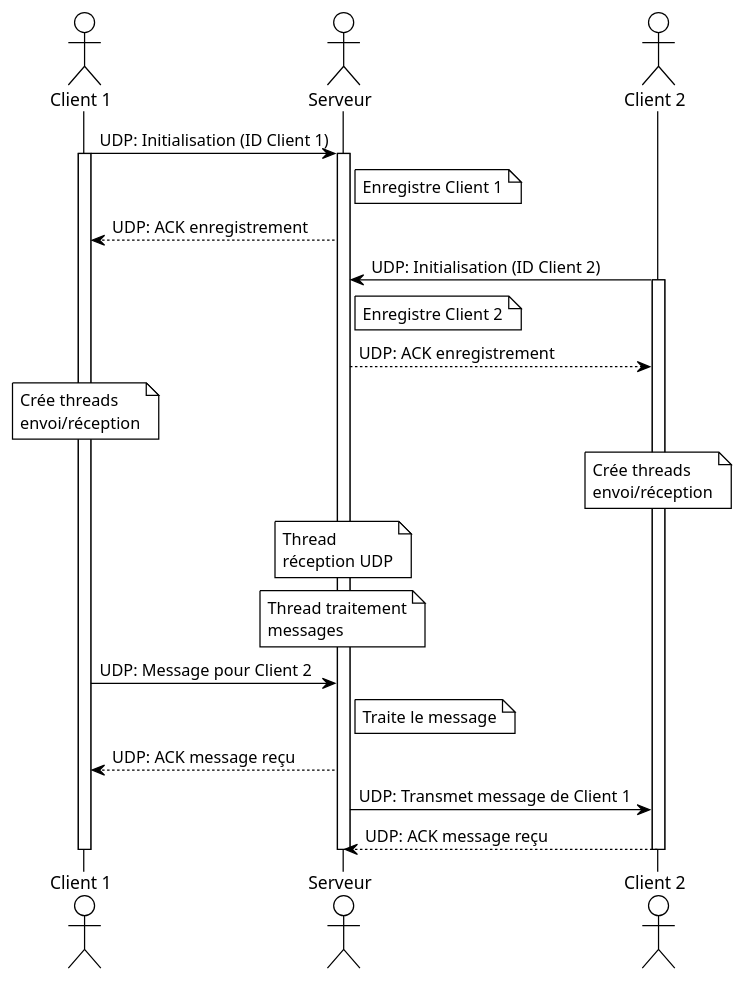
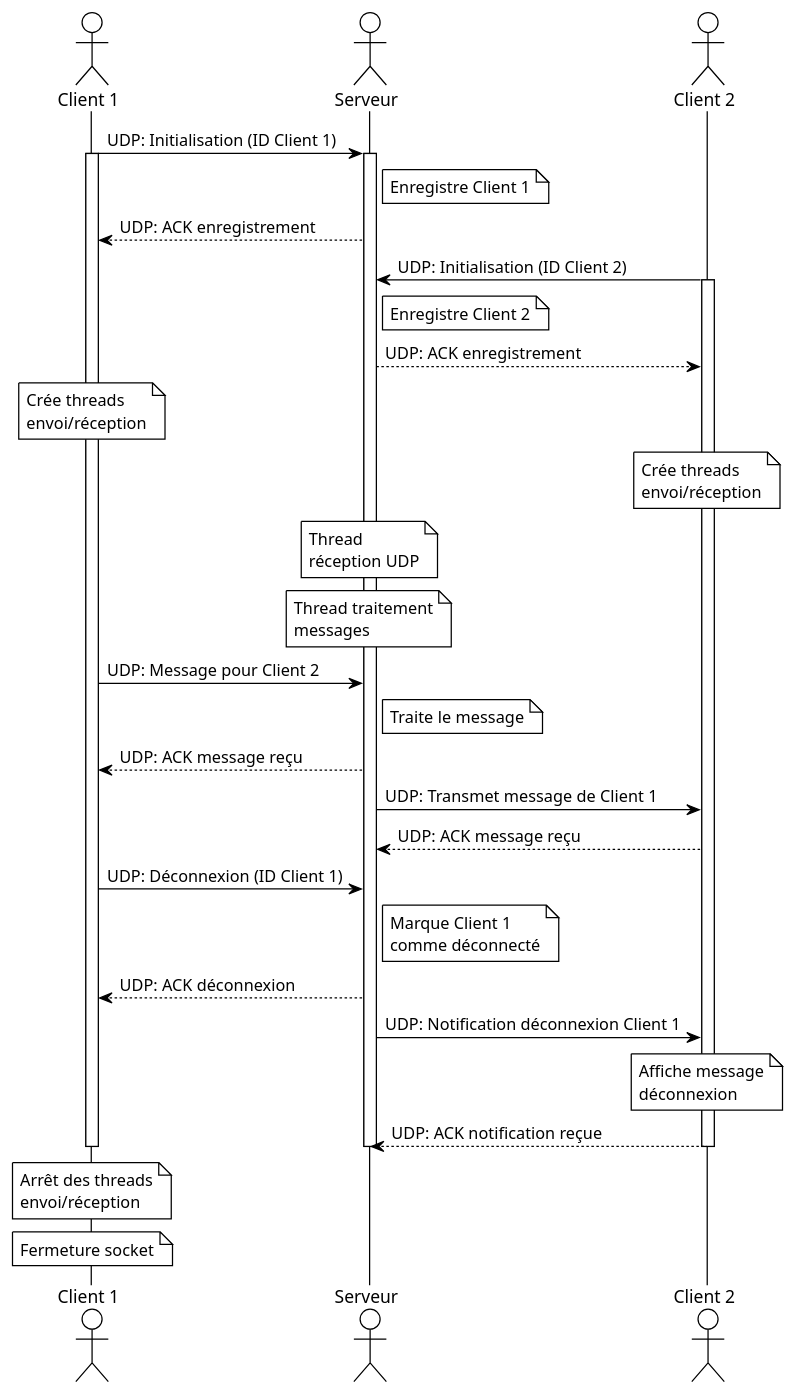
Before and after one commit to ayoubelg34/Projet_FAR: the diagram in DiagrammeSequenceV1.puml, drawn with PlantUML. The commit also changed 1 other file, not shown here.

Commit message:
Diagramme UML mis à jour

```diff
--- a/DiagrammeSequenceV1.puml
+++ b/DiagrammeSequenceV1.puml
@@ -1,43 +1,57 @@
 @startuml
 !theme plain
 
 actor "Client 1" as C1
 actor "Serveur" as S
 actor "Client 2" as C2
 
 box "Phase d'initialisation" #LightBlue
 C1 -> S : UDP: Initialisation (ID Client 1)
 activate C1
 activate S
 note right of S: Enregistre Client 1
 S --> C1 : UDP: ACK enregistrement
 
 C2 -> S : UDP: Initialisation (ID Client 2)
 activate C2
 note right of S: Enregistre Client 2
 S --> C2 : UDP: ACK enregistrement
 end box
 
 box "Structure Multi-thread/process" #LightGreen
 note over C1: Crée threads\nenvoi/réception
 
 note over C2: Crée threads\nenvoi/réception
 
 note over S: Thread\nréception UDP
 
 note over S: Thread traitement\nmessages
 end box
 
 box "Communication par messages" #LightYellow
 C1 -> S : UDP: Message pour Client 2
 note right of S: Traite le message
 S --> C1 : UDP: ACK message reçu
 
 S -> C2 : UDP: Transmet message de Client 1
 C2 --> S : UDP: ACK message reçu
 end box
 
+box "Phase de déconnexion" #LightPink
+C1 -> S : UDP: Déconnexion (ID Client 1)
+note right of S: Marque Client 1\ncomme déconnecté
+S --> C1 : UDP: ACK déconnexion
+
+S -> C2 : UDP: Notification déconnexion Client 1
+note over C2: Affiche message\ndéconnexion
+C2 --> S : UDP: ACK notification reçue
+
+note over C1: Arrêt des threads\nenvoi/réception
+
+note over C1: Fermeture socket
+end box
+
 deactivate C1
 deactivate S
 deactivate C2
 @enduml
```
